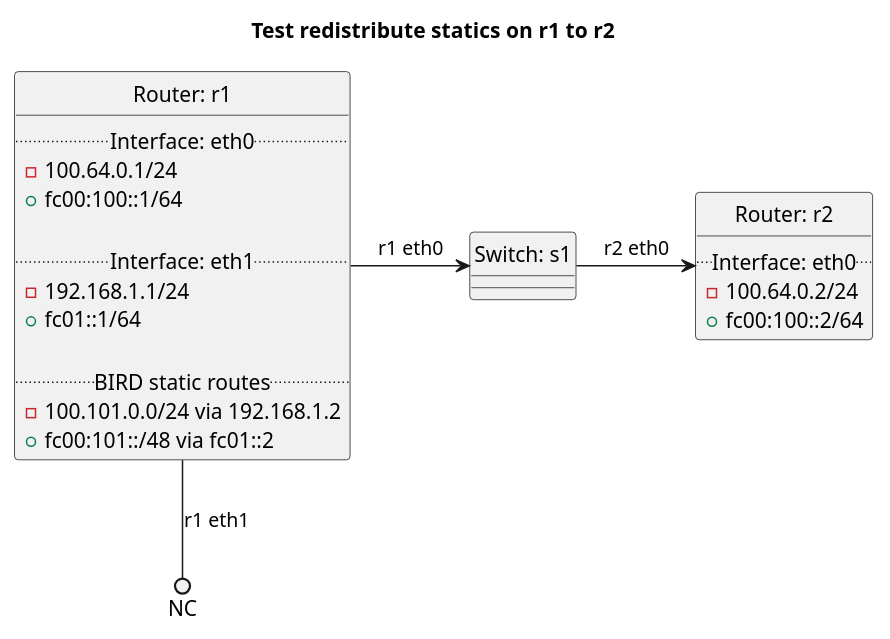
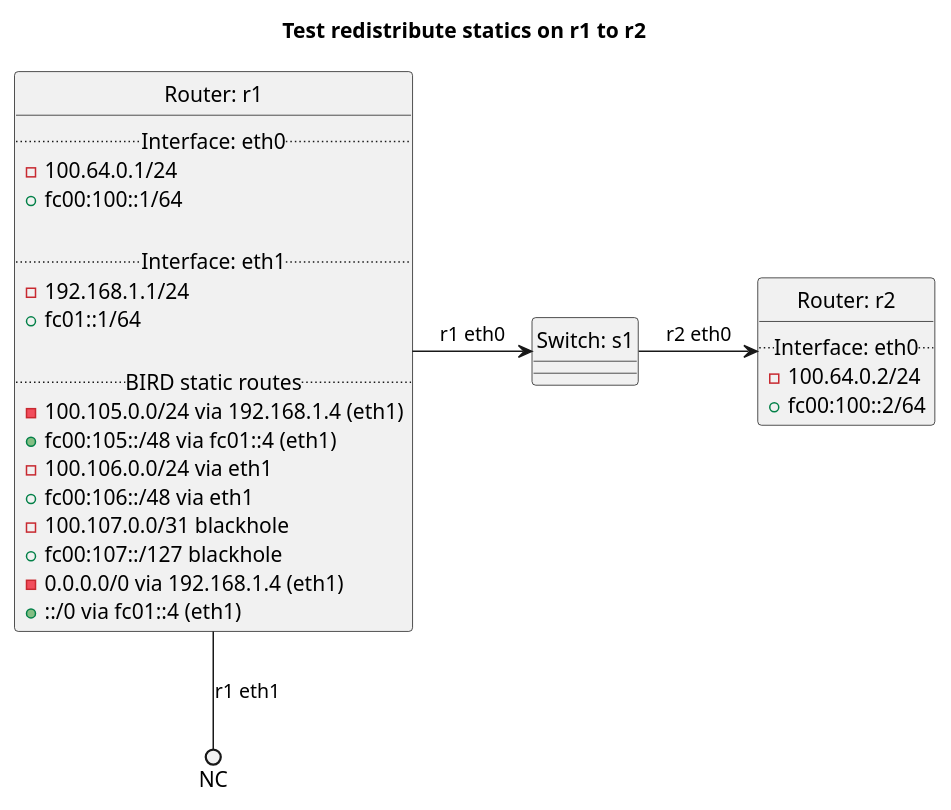
One commit to oscdev-io/birdplan changed the diagram in tests/t40_bgp/t36_redistribute_static/README.md. Above: the diagram before and after it, drawn with PlantUML. The commit also changed other lines of this file and 325 other files, not shown here.

````diff
--- a/tests/t40_bgp/t36_redistribute_static/README.md
+++ b/tests/t40_bgp/t36_redistribute_static/README.md
@@ -28,38 +37,44 @@
 ```plantuml
 @startuml
 hide circle
 title Test redistribute statics on r1 to r2
 
 
 class "Router: r1" {
   .. Interface: eth0 ..
 - 100.64.0.1/24
 + fc00:100::1/64
 
   .. Interface: eth1 ..
 - 192.168.1.1/24
 + fc01::1/64
 
   .. BIRD static routes ..
-- 100.101.0.0/24 via 192.168.1.2
-+ fc00:101::/48 via fc01::2
+  - 100.105.0.0/24 via 192.168.1.4 (eth1)
+  + fc00:105::/48 via fc01::4 (eth1)
+  - 100.106.0.0/24 via eth1
+  + fc00:106::/48 via eth1
+  - 100.107.0.0/31 blackhole
+  + fc00:107::/127 blackhole
+  - 0.0.0.0/0 via 192.168.1.4 (eth1)
+  + ::/0 via fc01::4 (eth1)
 }
 
 
 class "Router: r2" {
   .. Interface: eth0 ..
 - 100.64.0.2/24
 + fc00:100::2/64
 }
 
 
 class "Switch: s1" {}
 
 
 "Router: r1" -> "Switch: s1": r1 eth0
 "Switch: s1" -> "Router: r2": r2 eth0
 "Router: r1" --() NC: r1 eth1
 
 
 @enduml
 ```
````
